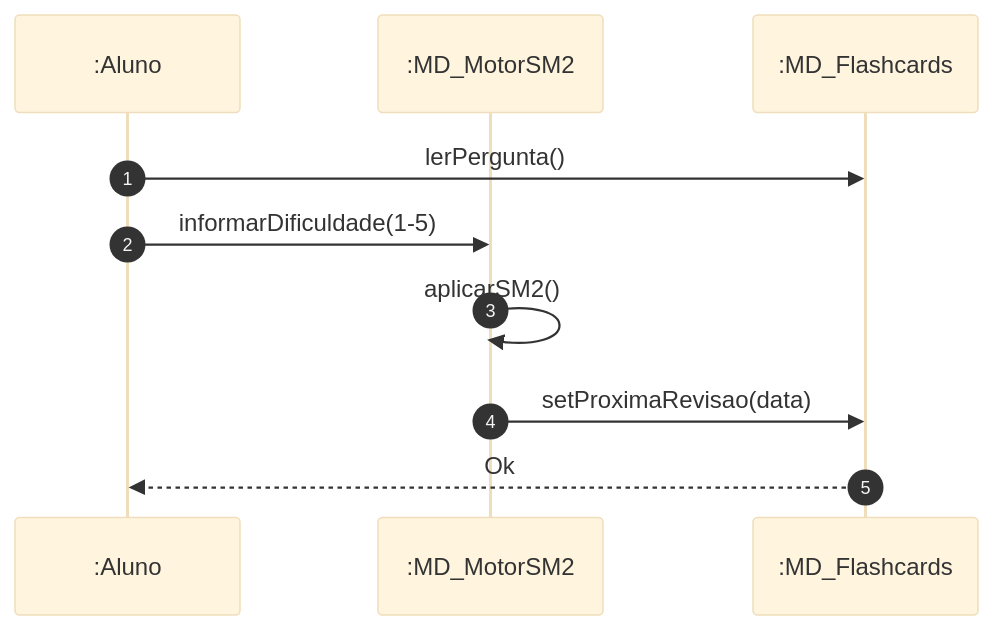
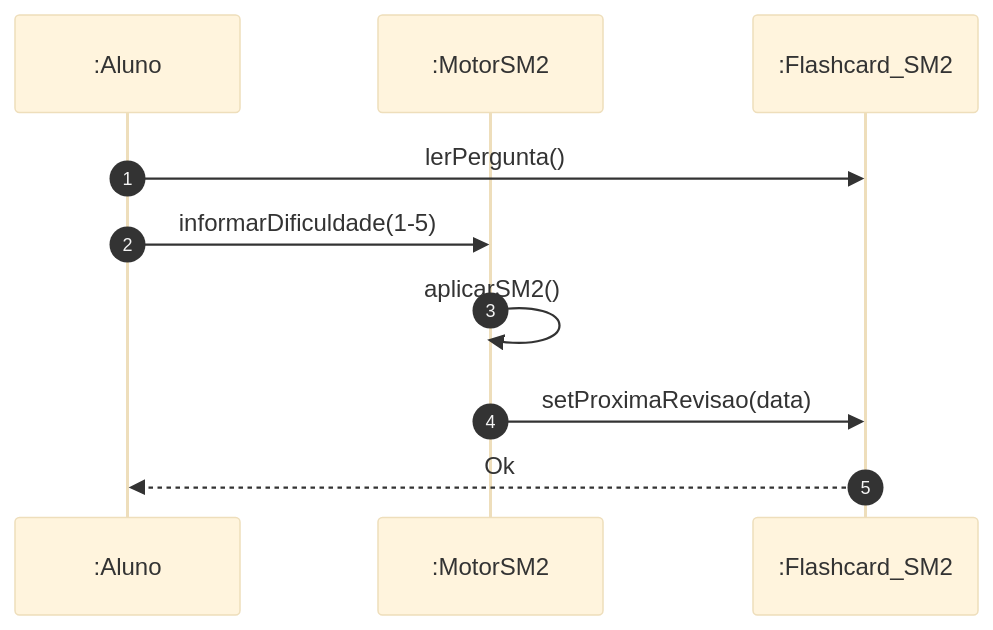
Before and after one commit to MayconDIS/PIM_III-Documentacao_UML: the second of 2 diagrams in PIM_III/02_Modelagem_UML_Astah/UC09_Estudar_Flashcards/README.md, drawn with Mermaid (base theme). The commit also changed other lines of this file and 86 other files, not shown here.

Commit message:
docs(uml): add comprehensive UML diagrams and tutorials for all 15 use cases

````diff
--- a/PIM_III/02_Modelagem_UML_Astah/UC09_Estudar_Flashcards/README.md
+++ b/PIM_III/02_Modelagem_UML_Astah/UC09_Estudar_Flashcards/README.md
@@ -65,12 +65,12 @@
 ```mermaid
 sequenceDiagram
     autonumber
     participant A as :Aluno
-    participant M as :MD_MotorSM2
-    participant F as :MD_Flashcards
+    participant M as :MotorSM2
+    participant F as :Flashcard_SM2
     A->>F: lerPergunta()
     A->>M: informarDificuldade(1-5)
     M->>M: aplicarSM2()
     M->>F: setProximaRevisao(data)
     F-->>A: Ok
 ```
````
